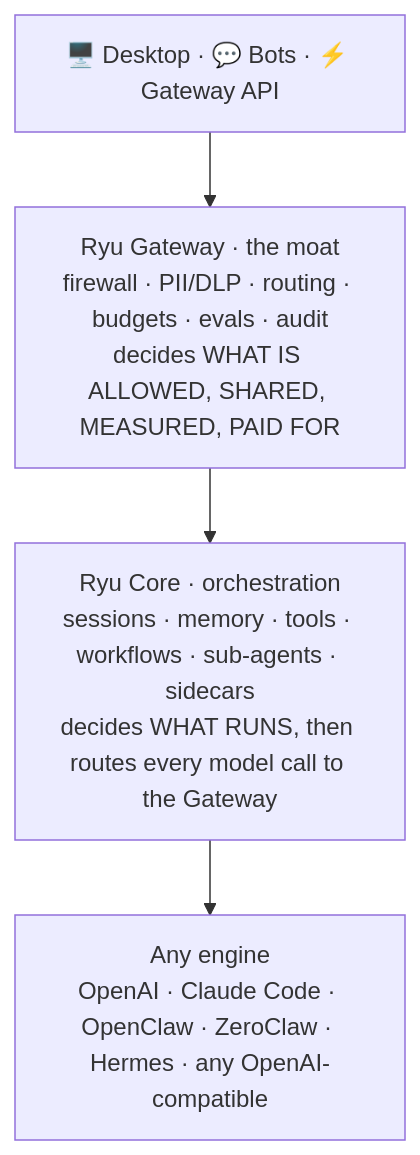
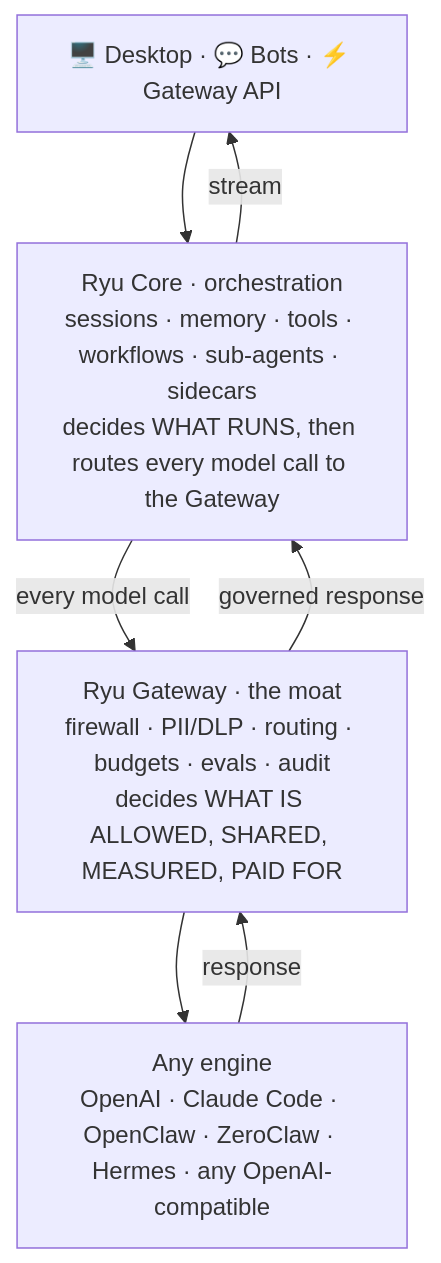
One commit to amajorai/ryu changed the first of 3 diagrams in apps/fumadocs/content/docs/start-here/architecture/why-ryu.mdx. Above: the diagram before and after it, drawn with Mermaid. The commit also changed other lines of this file and 927 other files, not shown here.

````diff
--- a/apps/fumadocs/content/docs/start-here/architecture/why-ryu.mdx
+++ b/apps/fumadocs/content/docs/start-here/architecture/why-ryu.mdx
@@ -48,7 +48,11 @@
 ```mermaid
 flowchart TD
-  S["🖥️ Desktop · 💬 Bots · ⚡ Gateway API"] --> G
-  G["Ryu Gateway · the moat\nfirewall · PII/DLP · routing · budgets · evals · audit\ndecides WHAT IS ALLOWED, SHARED, MEASURED, PAID FOR"] --> C
-  C["Ryu Core · orchestration\nsessions · memory · tools · workflows · sub-agents · sidecars\ndecides WHAT RUNS, then routes every model call to the Gateway"] --> E
-  E["Any engine\nOpenAI · Claude Code · OpenClaw · ZeroClaw · Hermes · any OpenAI-compatible"]
+  S["🖥️ Desktop · 💬 Bots · ⚡ Gateway API"] --> C
+  C["Ryu Core · orchestration\nsessions · memory · tools · workflows · sub-agents · sidecars\ndecides WHAT RUNS, then routes every model call to the Gateway"]
+  C -->|"every model call"| G
+  G["Ryu Gateway · the moat\nfirewall · PII/DLP · routing · budgets · evals · audit\ndecides WHAT IS ALLOWED, SHARED, MEASURED, PAID FOR"]
+  G --> E["Any engine\nOpenAI · Claude Code · OpenClaw · ZeroClaw · Hermes · any OpenAI-compatible"]
+  E -->|"response"| G
+  G -->|"governed response"| C
+  C -->|"stream"| S
 ```
````
